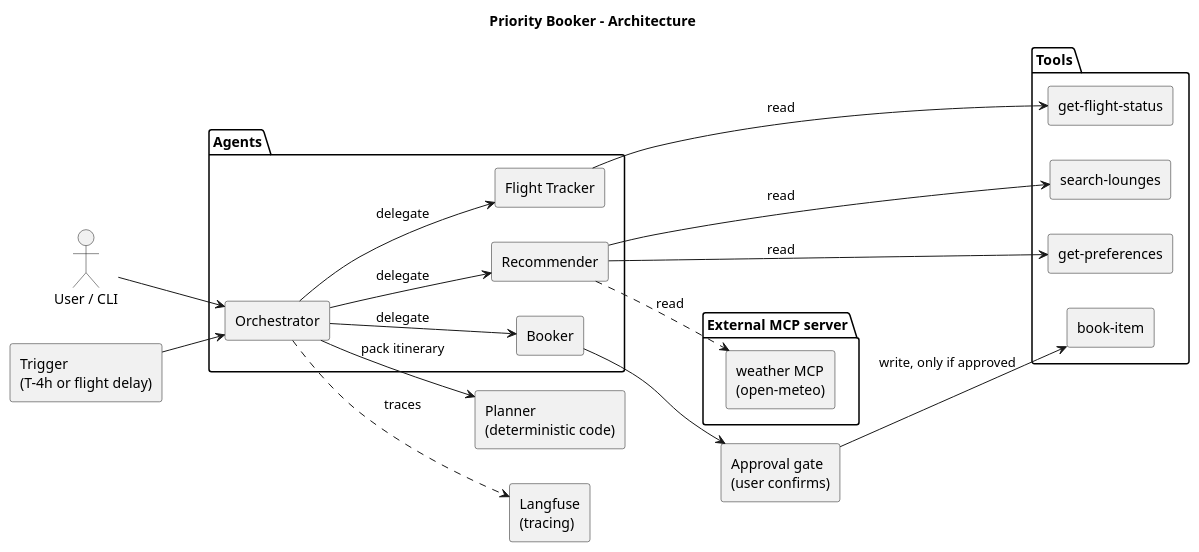
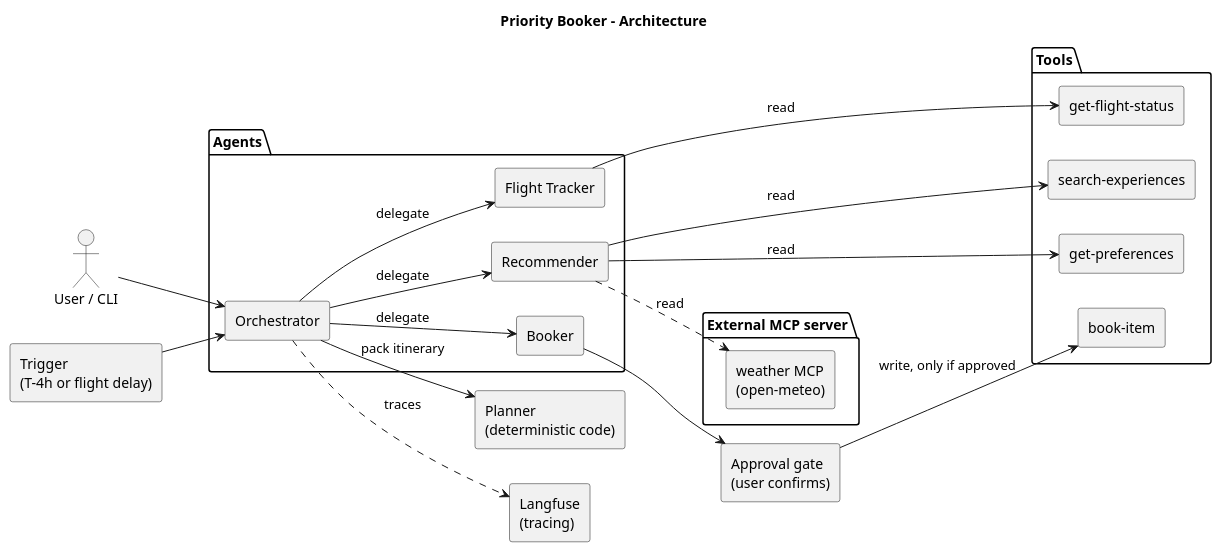
The diagram in docs/diagrams/architecture.puml (KevinDmello02/priority-booker), drawn with PlantUML before and after one commit. The commit also changed 2 other files, not shown here.

Commit message:
docs: rename search-lounges tool to search-experiences

```diff
--- a/docs/diagrams/architecture.puml
+++ b/docs/diagrams/architecture.puml
@@ -1,47 +1,47 @@
 @startuml architecture
 title Priority Booker - Architecture
 left to right direction
 skinparam componentStyle rectangle
 skinparam shadowing false
 
 actor "User / CLI" as User
 rectangle "Trigger\n(T-4h or flight delay)" as Trigger
 
 package "Agents" {
   component "Orchestrator" as O
   component "Flight Tracker" as FT
   component "Recommender" as R
   component "Booker" as B
 }
 
 component "Planner\n(deterministic code)" as P
 
 rectangle "Approval gate\n(user confirms)" as G
 
 package "Tools" {
   component "get-flight-status" as T1
-  component "search-lounges" as T2
+  component "search-experiences" as T2
   component "get-preferences" as T3
   component "book-item" as T4
 }
 
 package "External MCP server" {
   component "weather MCP\n(open-meteo)" as M1
 }
 
 component "Langfuse\n(tracing)" as LF
 
 User --> O
 Trigger --> O
 O --> FT : delegate
 O --> R : delegate
 O --> P : pack itinerary
 O --> B : delegate
 FT --> T1 : read
 R --> T2 : read
 R --> T3 : read
 R ..> M1 : read
 B --> G
 G --> T4 : write, only if approved
 O ..> LF : traces
 @enduml
```
